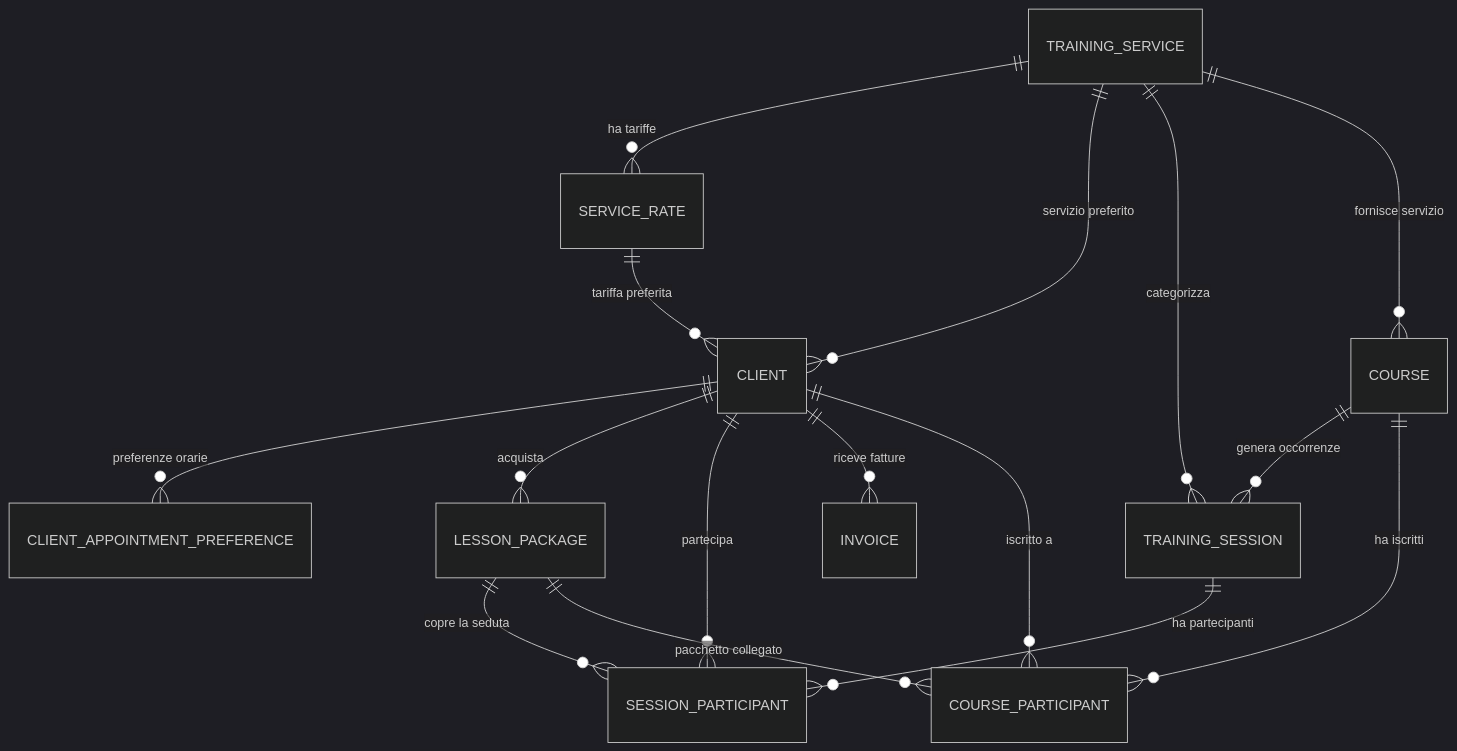
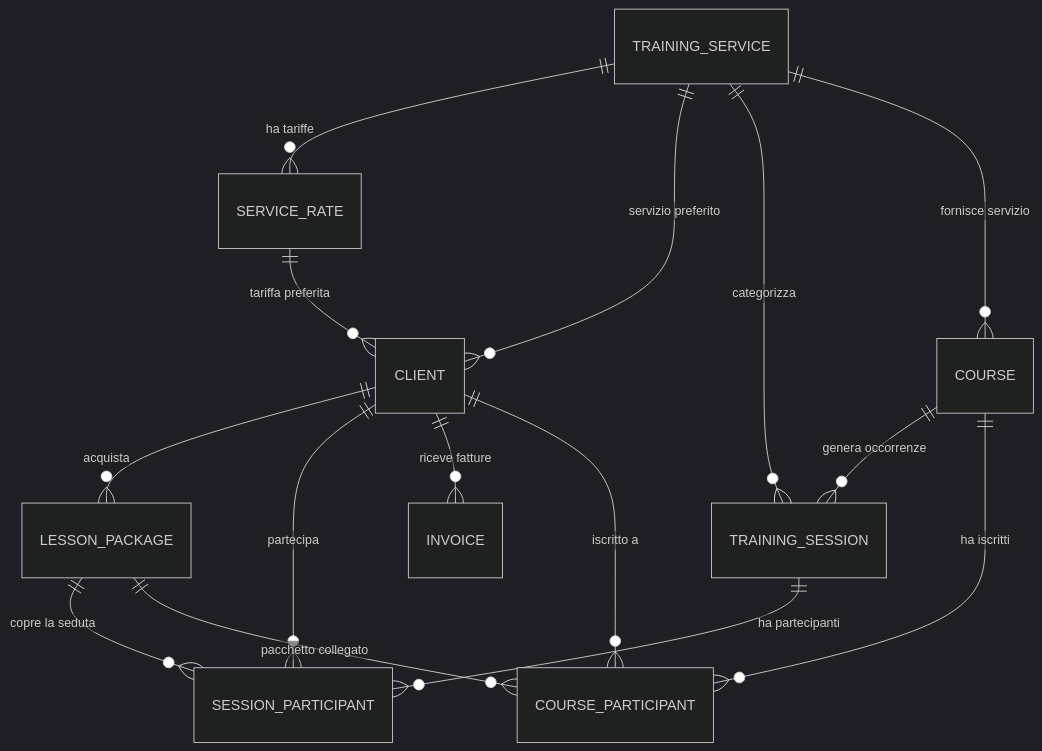
The diagram in README.md (Saifer88/saas-gestionale), drawn with Mermaid (dark theme) before and after one commit. The commit also changed other lines of this file and 8 other files, not shown here.

````diff
--- a/README.md
+++ b/README.md
@@ -71,18 +71,17 @@
 ```mermaid
 erDiagram
     TRAINING_SERVICE ||--o{ SERVICE_RATE : "ha tariffe"
     TRAINING_SERVICE ||--o{ CLIENT : "servizio preferito"
     TRAINING_SERVICE ||--o{ TRAINING_SESSION : "categorizza"
     TRAINING_SERVICE ||--o{ COURSE : "fornisce servizio"
     SERVICE_RATE ||--o{ CLIENT : "tariffa preferita"
-    CLIENT ||--o{ CLIENT_APPOINTMENT_PREFERENCE : "preferenze orarie"
     CLIENT ||--o{ LESSON_PACKAGE : "acquista"
     CLIENT ||--o{ SESSION_PARTICIPANT : "partecipa"
     CLIENT ||--o{ INVOICE : "riceve fatture"
     CLIENT ||--o{ COURSE_PARTICIPANT : "iscritto a"
     TRAINING_SESSION ||--o{ SESSION_PARTICIPANT : "ha partecipanti"
     COURSE ||--o{ TRAINING_SESSION : "genera occorrenze"
     COURSE ||--o{ COURSE_PARTICIPANT : "ha iscritti"
     LESSON_PACKAGE ||--o{ SESSION_PARTICIPANT : "copre la seduta"
     LESSON_PACKAGE ||--o{ COURSE_PARTICIPANT : "pacchetto collegato"
 ```
````
